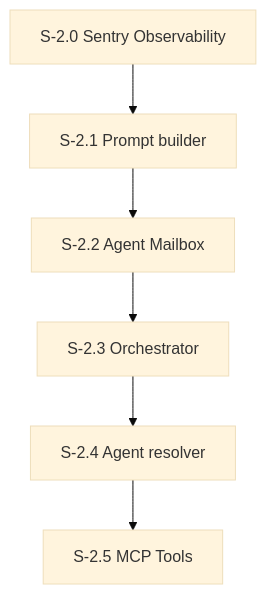
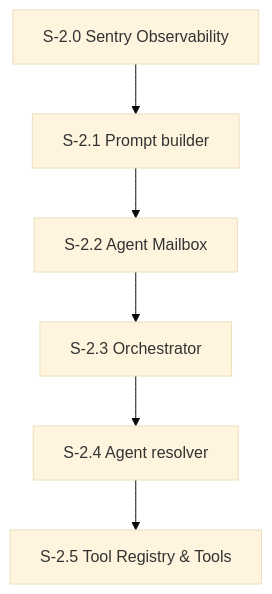
One commit to pedropaulovc/the-office changed the diagram in spec/plan/milestone-2-observability-agent-core.md. Above: the diagram before and after it, drawn with Mermaid (base theme). The commit also changed other lines of this file and 11 other files, not shown here.

````diff
--- a/spec/plan/milestone-2-observability-agent-core.md
+++ b/spec/plan/milestone-2-observability-agent-core.md
@@ -5,8 +5,8 @@
 ```mermaid
 graph TD
     S20[S-2.0 Sentry Observability] --> S21[S-2.1 Prompt builder]
     S21 --> S22[S-2.2 Agent Mailbox]
     S22 --> S23[S-2.3 Orchestrator]
     S23 --> S24[S-2.4 Agent resolver]
-    S24 --> S25[S-2.5 MCP Tools]
+    S24 --> S25[S-2.5 Tool Registry & Tools]
 ```
````
